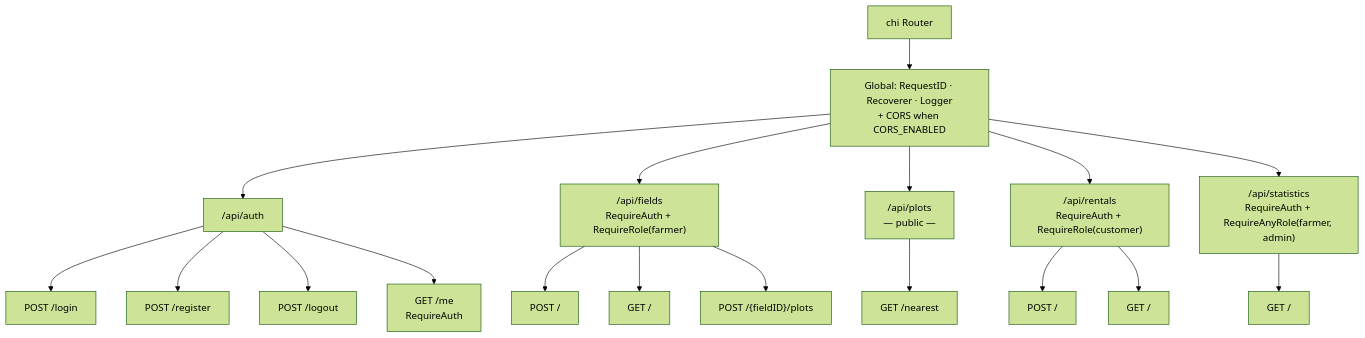
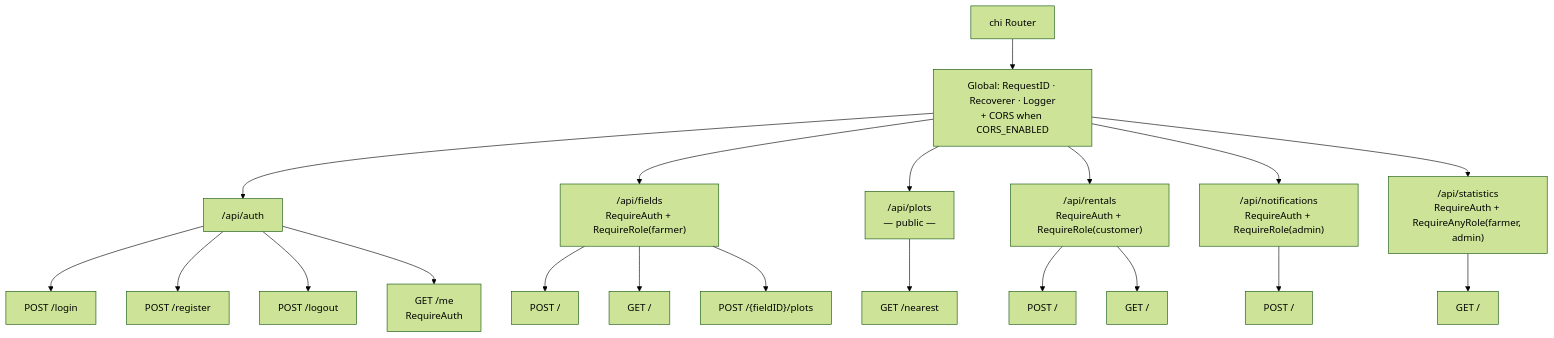
Before and after one commit to Neue-Konzepte-BaaS/backend: the fifth of 16 diagrams in ARCHITECTURE.md, drawn with Mermaid (forest theme). The commit also changed other lines of this file and 22 other files, not shown here.

````diff
--- a/ARCHITECTURE.md
+++ b/ARCHITECTURE.md
@@ -220,26 +235,29 @@
 ```mermaid
 graph TD
     R["chi Router"] --> G["Global: RequestID · Recoverer · Logger<br/>+ CORS when CORS_ENABLED"]
 
     G --> A["/api/auth"]
     G --> F["/api/fields<br/>RequireAuth + RequireRole(farmer)"]
     G --> P["/api/plots<br/>— public —"]
     G --> RE["/api/rentals<br/>RequireAuth + RequireRole(customer)"]
+    G --> N["/api/notifications<br/>RequireAuth + RequireRole(admin)"]
     G --> ST["/api/statistics<br/>RequireAuth + RequireAnyRole(farmer, admin)"]
 
     A --> A1["POST /login"]
     A --> A2["POST /register"]
     A --> A3["POST /logout"]
     A --> A4["GET /me<br/>RequireAuth"]
 
     F --> F1["POST /"]
     F --> F2["GET /"]
     F --> F3["POST /{fieldID}/plots"]
 
     P --> P1["GET /nearest"]
 
     RE --> R1["POST /"]
     RE --> R2["GET /"]
 
+    N --> N1["POST /"]
+
     ST --> ST1["GET /"]
 ```
````
